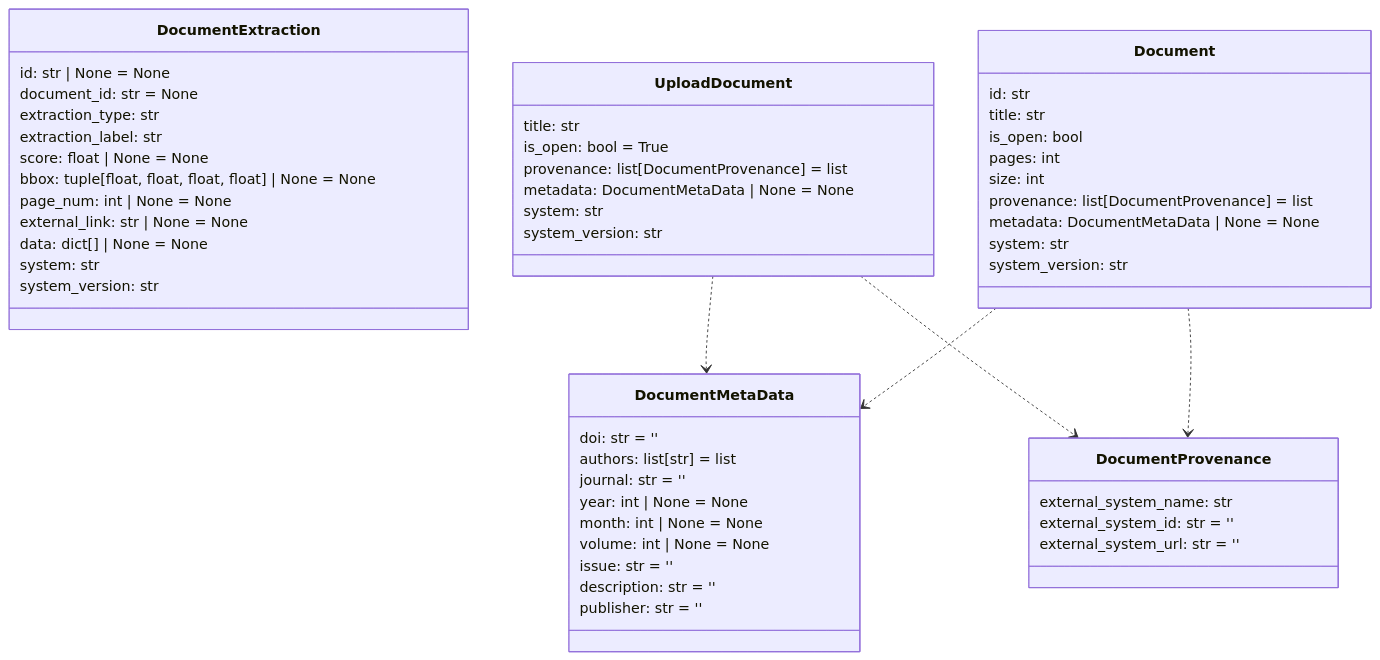
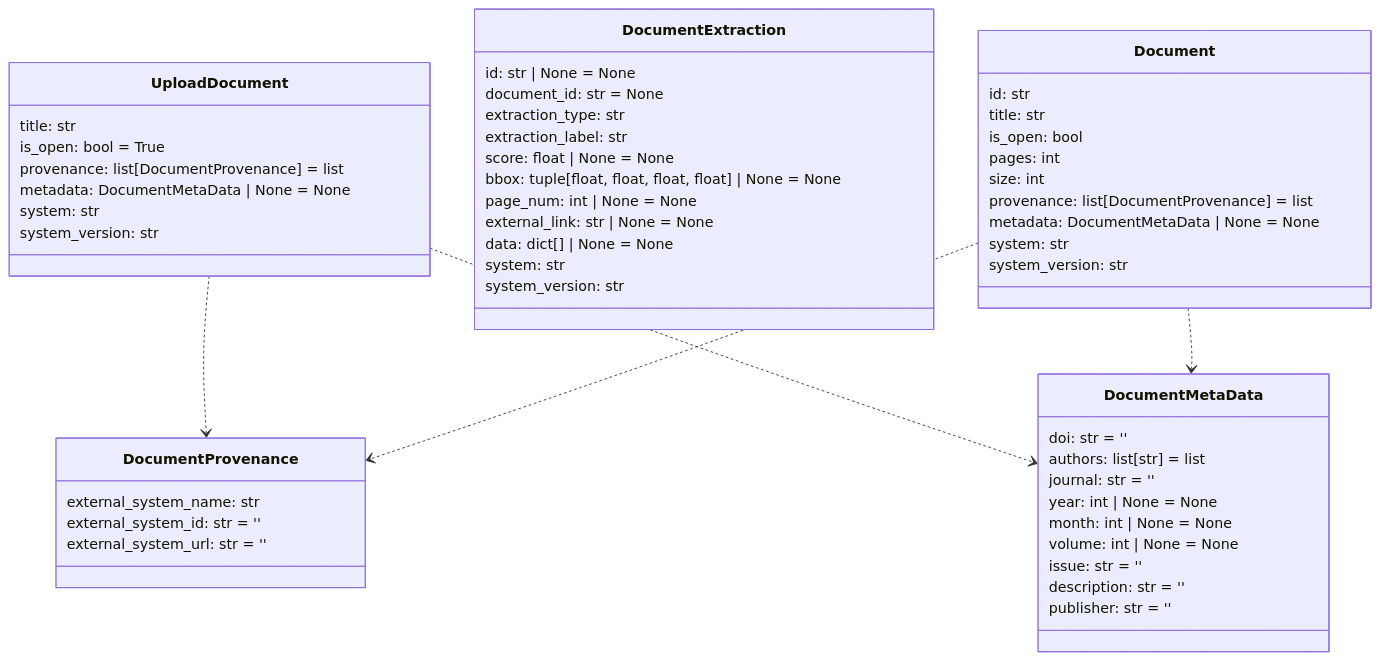
One commit to DARPA-CRITICALMAAS/cdr_schemas changed the ninth of 14 diagrams in README.md. Above: the diagram before and after it, drawn with Mermaid. The commit also changed other lines of this file and 1 other file, not shown here.

````diff
--- a/README.md
+++ b/README.md
@@ -695,63 +695,63 @@
 ```mermaid
 classDiagram
+
+    class UploadDocument {
+        title: str
+        is_open: bool = True
+        provenance: list[DocumentProvenance] = list
+        metadata: DocumentMetaData | None = None
+        system: str
+        system_version: str
+    }
 
     class DocumentMetaData {
         doi: str = ''
         authors: list[str] = list
         journal: str = ''
         year: int | None = None
         month: int | None = None
         volume: int | None = None
         issue: str = ''
         description: str = ''
         publisher: str = ''
+    }
+
+    class DocumentProvenance {
+        external_system_name: str
+        external_system_id: str = ''
+        external_system_url: str = ''
     }
 
     class DocumentExtraction {
         id: str | None = None
         document_id: str = None
         extraction_type: str
         extraction_label: str
         score: float | None = None
         bbox: tuple[float, float, float, float] | None = None
         page_num: int | None = None
         external_link: str | None = None
         data: dict[] | None = None
         system: str
         system_version: str
     }
 
-    class UploadDocument {
-        title: str
-        is_open: bool = True
-        provenance: list[DocumentProvenance] = list
-        metadata: DocumentMetaData | None = None
-        system: str
-        system_version: str
-    }
-
     class Document {
         id: str
         title: str
         is_open: bool
         pages: int
         size: int
         provenance: list[DocumentProvenance] = list
         metadata: DocumentMetaData | None = None
         system: str
         system_version: str
     }
 
-    class DocumentProvenance {
-        external_system_name: str
-        external_system_id: str = ''
-        external_system_url: str = ''
-    }
-
+    UploadDocument ..> DocumentProvenance
     UploadDocument ..> DocumentMetaData
-    UploadDocument ..> DocumentProvenance
+    Document ..> DocumentProvenance
     Document ..> DocumentMetaData
-    Document ..> DocumentProvenance
 
 
 ```
````
